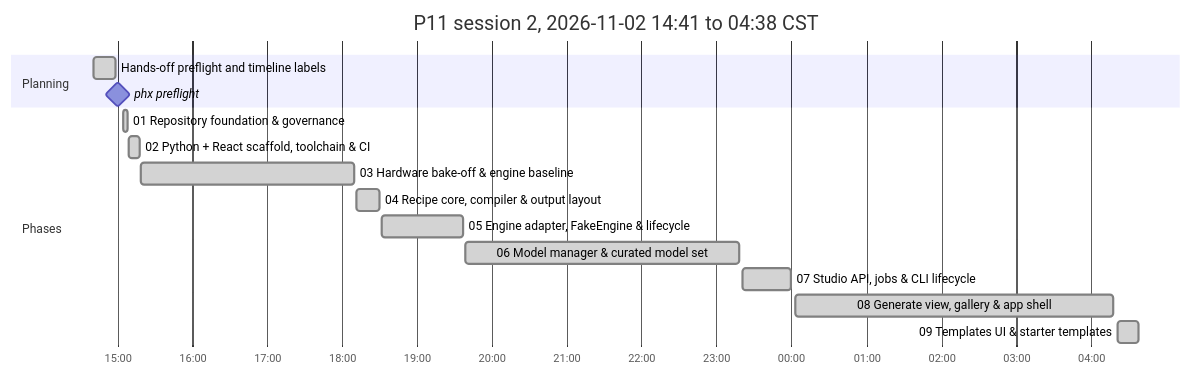
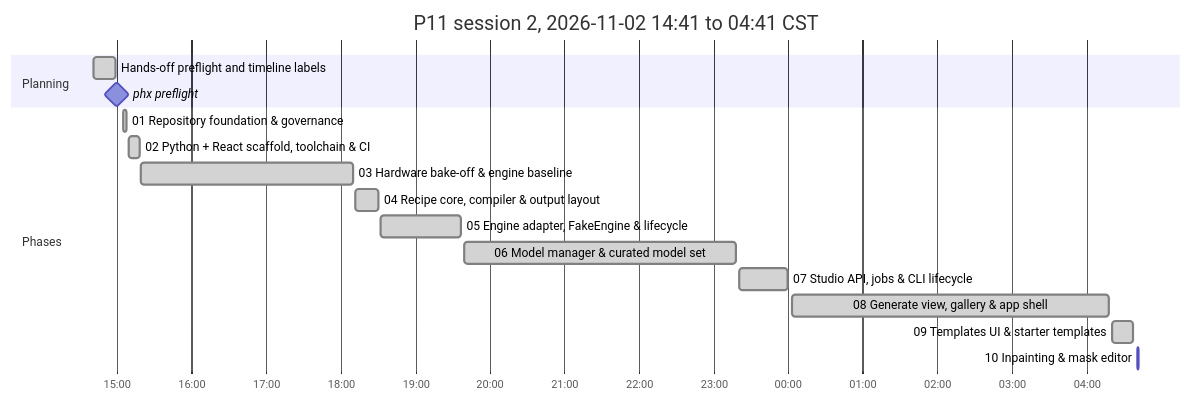
Before and after one commit to antonizick/project1111: the second of 2 diagrams in P11_IMPLEMENTATION_PLAN.md, drawn with Mermaid. The commit also changed other lines of this file and 1 other file, not shown here.

Commit message:
docs(plan): refresh timeline

````diff
--- a/P11_IMPLEMENTATION_PLAN.md
+++ b/P11_IMPLEMENTATION_PLAN.md
@@ -74,19 +74,20 @@
 ```mermaid
 gantt
-    title P11 session 2, 2026-11-02 14:41 to 04:38 CST
+    title P11 session 2, 2026-11-02 14:41 to 04:41 CST
     dateFormat YYYY-MM-DD HH:mm
     axisFormat %H:%M
     section Planning
     Hands-off preflight and timeline labels :done, plan3, 2026-11-02 14:41, 2026-11-02 14:59
     phx preflight :milestone, pf13ee0d5, 2026-11-02 15:00, 0m
     section Phases
     01 Repository foundation & governance :done, p01s2, 2026-11-02 15:05, 2026-11-02 15:08
     02 Python + React scaffold, toolchain & CI :done, p02s2, 2026-11-02 15:09, 2026-11-02 15:18
     03 Hardware bake-off & engine baseline :done, p03s2, 2026-11-02 15:19, 2026-11-02 18:10
     04 Recipe core, compiler & output layout :done, p04s2, 2026-11-02 18:12, 2026-11-02 18:30
     05 Engine adapter, FakeEngine & lifecycle :done, p05s2, 2026-11-02 18:32, 2026-11-02 19:37
     06 Model manager & curated model set :done, p06s2, 2026-11-02 19:39, 2026-11-02 23:18
     07 Studio API, jobs & CLI lifecycle :done, p07s2, 2026-11-02 23:21, 2026-11-03 00:00
     08 Generate view, gallery & app shell :done, p08s2, 2026-11-03 00:03, 2026-11-03 04:18
     09 Templates UI & starter templates :done, p09s2, 2026-11-03 04:21, 2026-11-03 04:38
+    10 Inpainting & mask editor :active, p10s2, 2026-11-03 04:41, 2026-11-03 04:42
 ```
````
